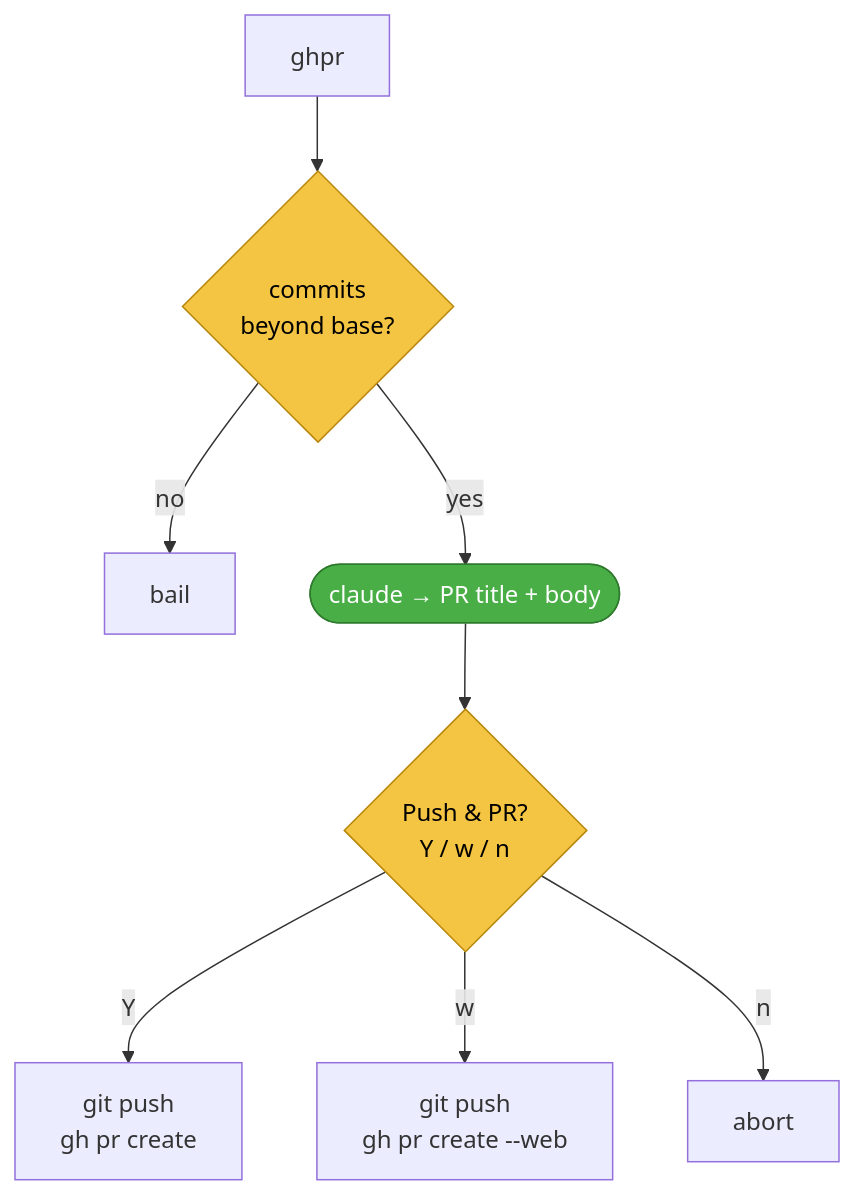
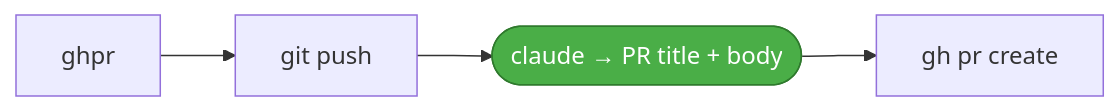
One commit to Guernik/fish-ai-git changed the second of 2 diagrams in README.md. Above: the diagram before and after it, drawn with Mermaid. The commit also changed other lines of this file, not shown here.

First line of the commit message:
docs: simplify ac/ghpr flowcharts to a linear 4-step flow

````diff
--- a/README.md
+++ b/README.md
@@ -93,15 +83,6 @@
 ```mermaid
-flowchart TD
-    A["ghpr"] --> B{"commits<br/>beyond base?"}
-    B -->|no| X["bail"]
-    B -->|yes| C(["claude → PR title + body"])
-    C --> D{"Push & PR?<br/>Y / w / n"}
-    D -->|Y| E["git push<br/>gh pr create"]
-    D -->|w| F["git push<br/>gh pr create --web"]
-    D -->|n| G["abort"]
-
+flowchart LR
+    A["ghpr"] --> B["git push"] --> C(["claude → PR title + body"]) --> D["gh pr create"]
     classDef ai fill:#4AAE47,stroke:#2f7a2d,color:#fff;
-    classDef ask fill:#f4c542,stroke:#b8860b,color:#000;
     class C ai;
-    class B,D ask;
 ```
````
